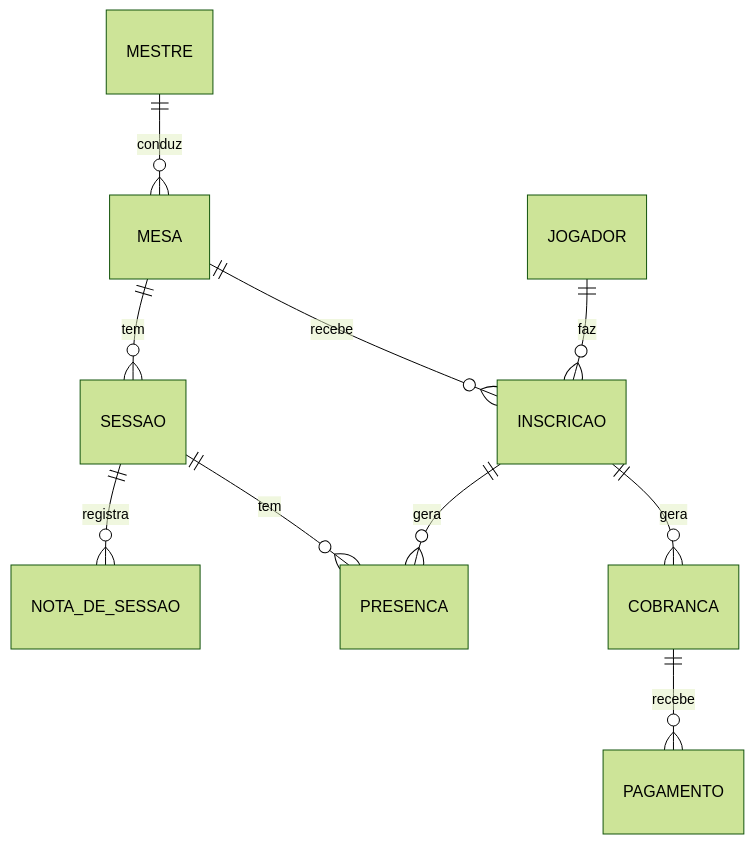
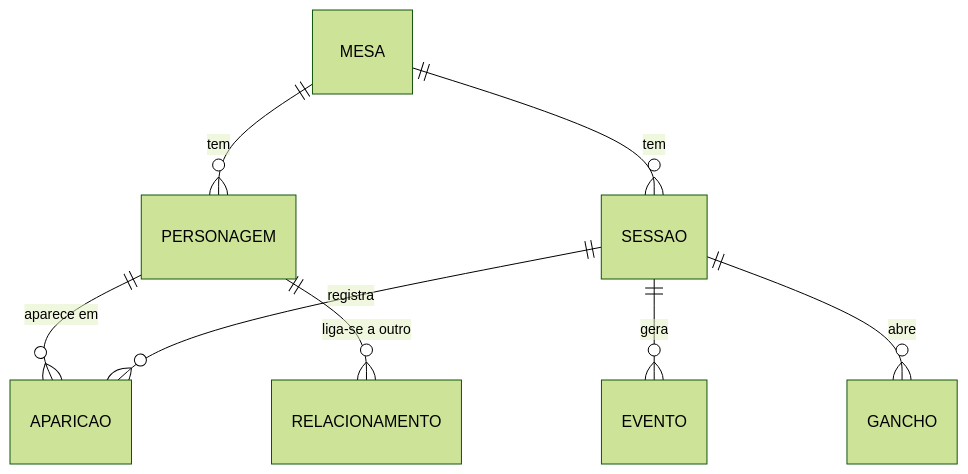
Before and after one commit to CaueCunha/giriamestre: the diagram in docs/planejamento.md, drawn with Mermaid (forest theme). The commit also changed other lines of this file and 2 other files, not shown here.

````diff
--- a/docs/planejamento.md
+++ b/docs/planejamento.md
@@ -152,12 +132,10 @@
 ```mermaid
 erDiagram
-    MESTRE ||--o{ MESA : "conduz"
+    MESA ||--o{ PERSONAGEM : "tem"
     MESA ||--o{ SESSAO : "tem"
-    SESSAO ||--o{ NOTA_DE_SESSAO : "registra"
-    MESA ||--o{ INSCRICAO : "recebe"
-    JOGADOR ||--o{ INSCRICAO : "faz"
-    SESSAO ||--o{ PRESENCA : "tem"
-    INSCRICAO ||--o{ PRESENCA : "gera"
-    INSCRICAO ||--o{ COBRANCA : "gera"
-    COBRANCA ||--o{ PAGAMENTO : "recebe"
+    PERSONAGEM ||--o{ APARICAO : "aparece em"
+    SESSAO ||--o{ APARICAO : "registra"
+    PERSONAGEM ||--o{ RELACIONAMENTO : "liga-se a outro"
+    SESSAO ||--o{ EVENTO : "gera"
+    SESSAO ||--o{ GANCHO : "abre"
 ```
````
